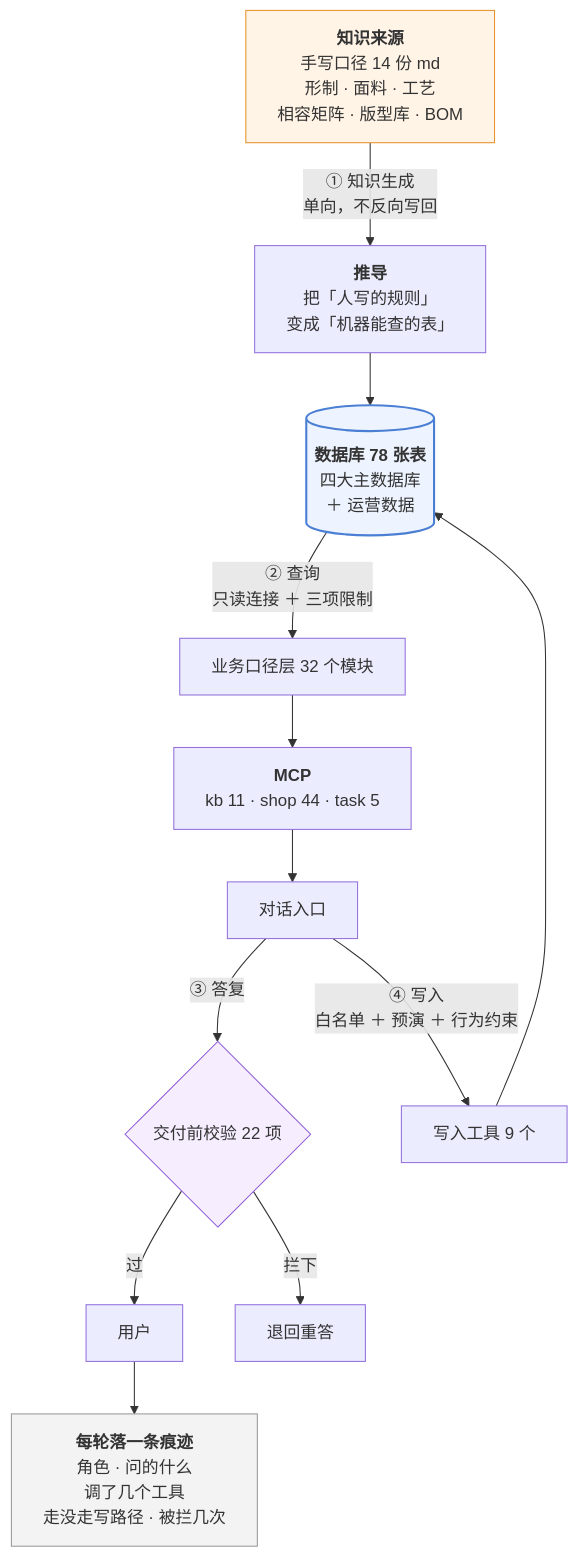
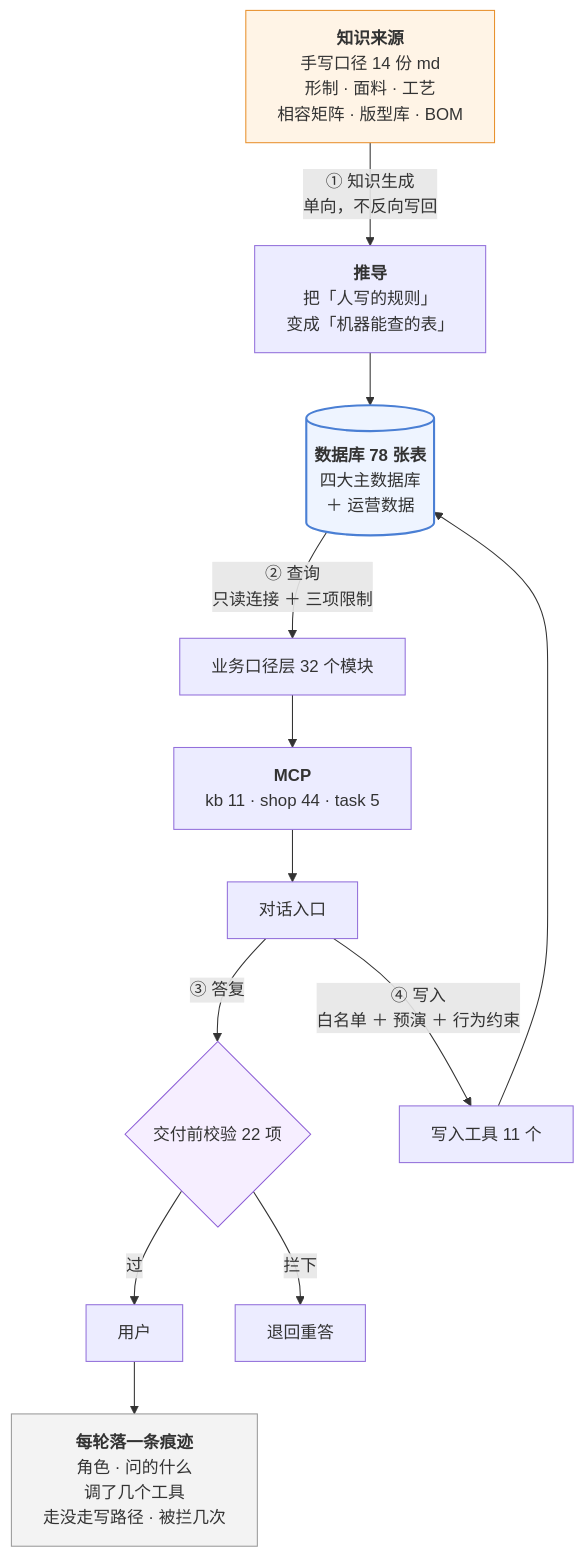
The third of 4 diagrams in 澜绣云裳agent-产品需求文档.md (843773296-rgb/lanxiu-yunshang-agent), drawn with Mermaid before and after one commit. The commit also changed other lines of this file and 27 other files, not shown here.

````diff
--- a/澜绣云裳agent-产品需求文档.md
+++ b/澜绣云裳agent-产品需求文档.md
@@ -382,24 +382,24 @@
 ```mermaid
 flowchart TD
     MD["<b>知识来源</b><br/>手写口径 14 份 md<br/>形制 · 面料 · 工艺<br/>相容矩阵 · 版型库 · BOM"]
     MD -->|"① 知识生成<br/>单向，不反向写回"| DV["<b>推导</b><br/>把「人写的规则」<br/>变成「机器能查的表」"]
     DV --> DB[("<b>数据库 78 张表</b><br/>四大主数据库<br/>＋ 运营数据")]
 
     DB -->|"② 查询<br/>只读连接 ＋ 三项限制"| KJ["业务口径层 32 个模块"]
     KJ --> MCP["<b>MCP</b><br/>kb 11 · shop 44 · task 5"]
     MCP --> LLM["对话入口"]
 
     LLM -->|"③ 答复"| GD{"交付前校验 22 项"}
     GD -- 过 --> U["用户"]
     GD -- 拦下 --> RE["退回重答"]
 
-    LLM -->|"④ 写入<br/>白名单 ＋ 预演 ＋ 行为约束"| W["写入工具 9 个"]
+    LLM -->|"④ 写入<br/>白名单 ＋ 预演 ＋ 行为约束"| W["写入工具 11 个"]
     W --> DB
 
     U --> TR["<b>每轮落一条痕迹</b><br/>角色 · 问的什么<br/>调了几个工具<br/>走没走写路径 · 被拦几次"]
 
     style MD fill:#fff4e6,stroke:#e8912d
     style DB fill:#eef4ff,stroke:#4a7fd4,stroke-width:2px
     style GD fill:#f6eeff,stroke:#8b5cd6
     style TR fill:#f3f3f3,stroke:#999
 ```
````
